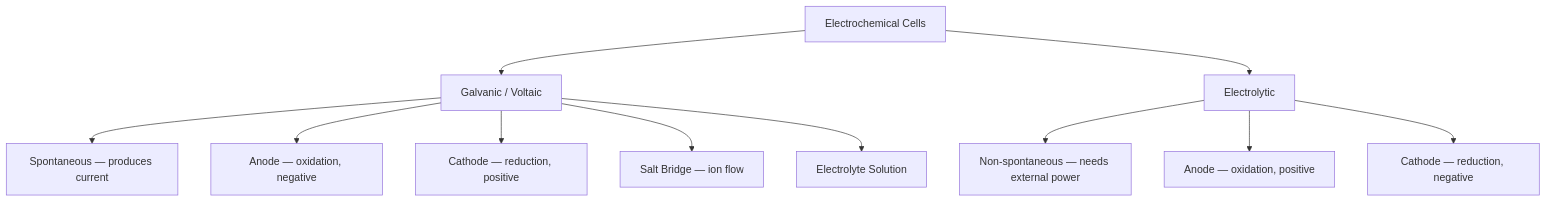
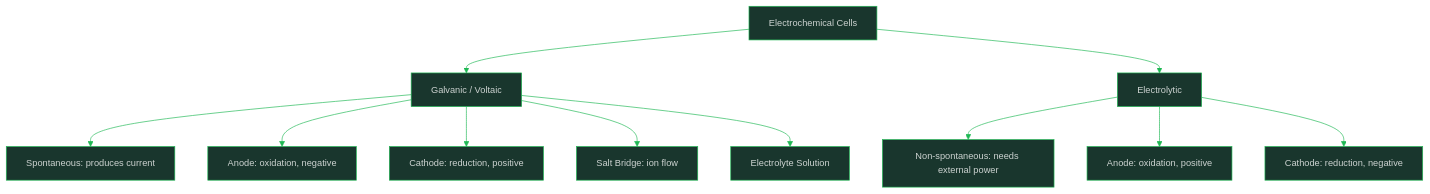
The diagram in Science/Advance/Chemistry/13_Electrochemistry.md (oat431/general-knowledge), drawn with Mermaid before and after one commit. The commit also changed other lines of this file and 113 other files, not shown here.

````diff
--- a/Science/Advance/Chemistry/13_Electrochemistry.md
+++ b/Science/Advance/Chemistry/13_Electrochemistry.md
@@ -65,13 +65,14 @@
 ```mermaid
+%%{init: {'theme':'base','themeVariables':{'primaryColor':'#19362D','primaryTextColor':'#CDD3D1','primaryBorderColor':'#1FB854','lineColor':'#1FB854','background':'#1B1717','mainBkg':'#19362D','clusterBkg':'#161212','edgeLabelBackground':'#161212','titleColor':'#1FB854','fontSize':'14px'}}}%%
 flowchart TD
     A["Electrochemical Cells"] --> B["Galvanic / Voltaic"]
     A --> C["Electrolytic"]
-    B --> D["Spontaneous — produces current"]
-    C --> E["Non-spontaneous — needs external power"]
-    B --> F["Anode — oxidation, negative"]
-    B --> G["Cathode — reduction, positive"]
-    C --> H["Anode — oxidation, positive"]
-    C --> I["Cathode — reduction, negative"]
-    B --> J["Salt Bridge — ion flow"]
+    B --> D["Spontaneous: produces current"]
+    C --> E["Non-spontaneous: needs external power"]
+    B --> F["Anode: oxidation, negative"]
+    B --> G["Cathode: reduction, positive"]
+    C --> H["Anode: oxidation, positive"]
+    C --> I["Cathode: reduction, negative"]
+    B --> J["Salt Bridge: ion flow"]
     B --> K["Electrolyte Solution"]
 ```
````
